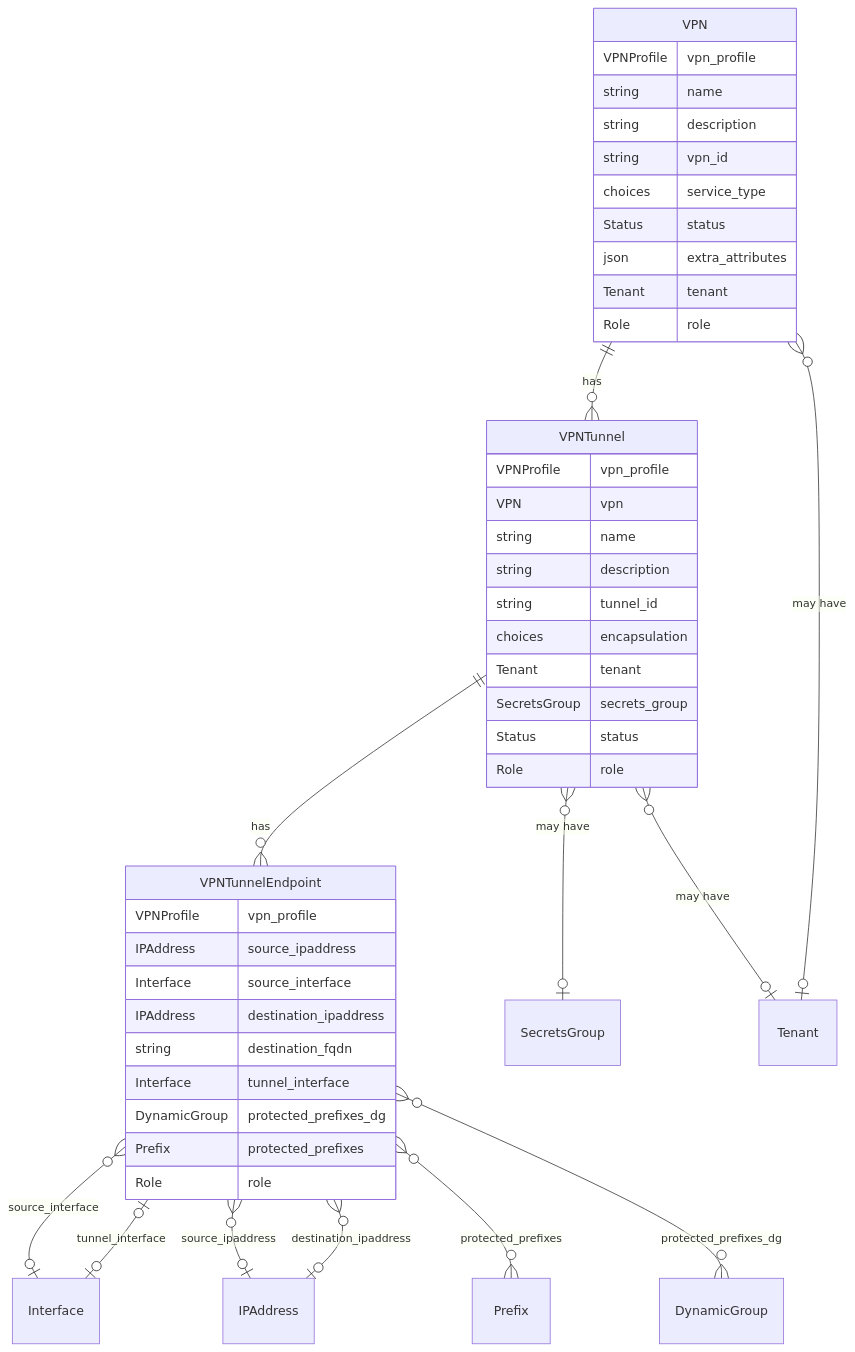
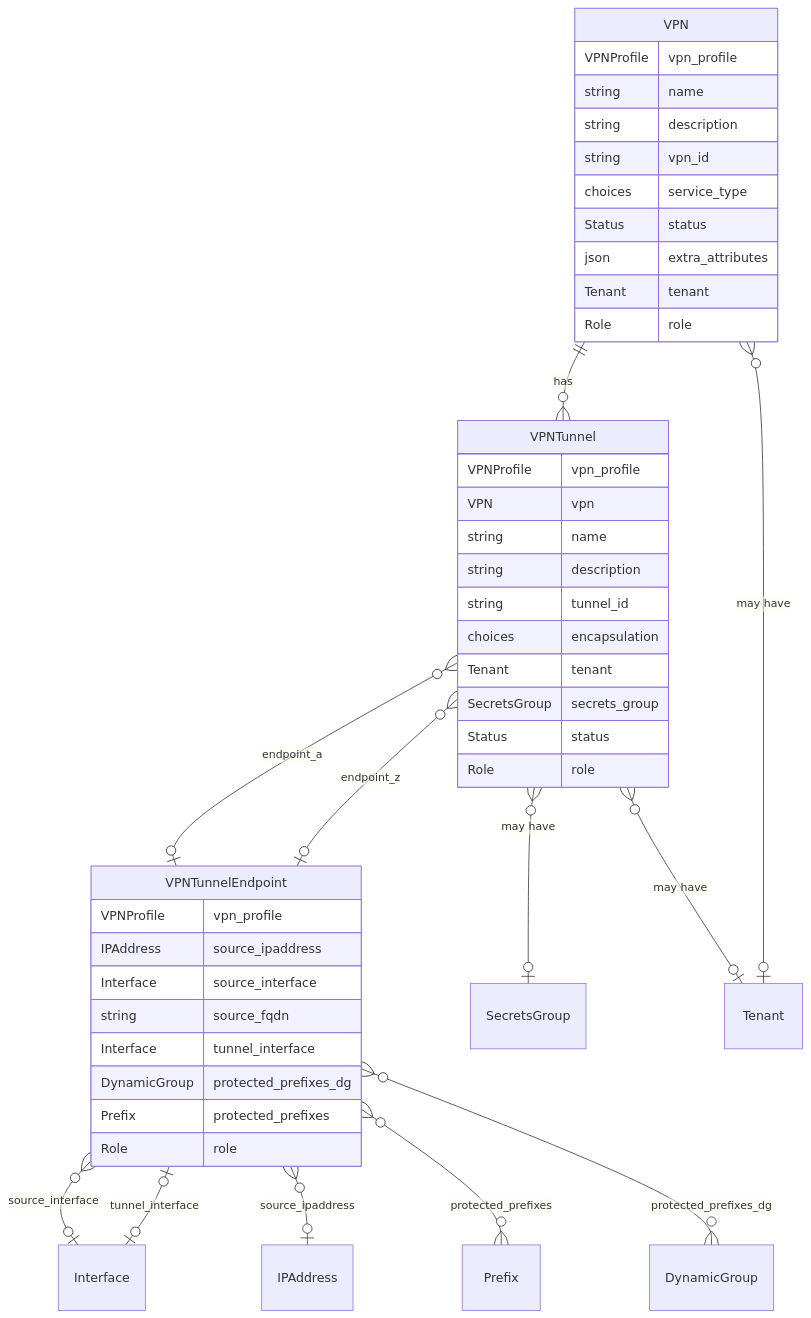
The third of 11 diagrams in nautobot/docs/user-guide/core-data-model/vpn/index.md (nautobot/nautobot), drawn with Mermaid before and after one commit.

Commit message:
Fix VPN Tunnel Endpoint in the ERD

````diff
--- a/nautobot/docs/user-guide/core-data-model/vpn/index.md
+++ b/nautobot/docs/user-guide/core-data-model/vpn/index.md
@@ -112,60 +112,59 @@
 ```mermaid
 erDiagram
     "nautobot_vpn_models.VPN"[VPN] {
         VPNProfile vpn_profile
         string name
         string description
         string vpn_id
         choices service_type
         Status status
         json extra_attributes
         Tenant tenant
         Role role
     }
 
     "nautobot_vpn_models.VPNTunnel"[VPNTunnel] {
         VPNProfile vpn_profile
         VPN vpn
         string name
         string description
         string tunnel_id
         choices encapsulation
         Tenant tenant
         SecretsGroup secrets_group
         Status status
         Role role
     }
 
     "nautobot_vpn_models.VPNTunnelEndpoint"[VPNTunnelEndpoint] {
         VPNProfile vpn_profile
         IPAddress source_ipaddress
         Interface source_interface
-        IPAddress destination_ipaddress
-        string destination_fqdn
+        string source_fqdn
         Interface tunnel_interface
         DynamicGroup protected_prefixes_dg
         Prefix protected_prefixes
         Role role
     }
 
     "tenancy.Tenant"[Tenant] {}
     "extras.SecretsGroup"[SecretsGroup] {}
     "dcim.Interface"[Interface] {}
     "ipam.IPAddress"[IPAddress] {}
     "ipam.Prefix"[Prefix] {}
     "extras.DynamicGroup"[DynamicGroup] {}
 
     "nautobot_vpn_models.VPN" ||--o{ "nautobot_vpn_models.VPNTunnel" : "has"
     "nautobot_vpn_models.VPN" }o--o| "tenancy.Tenant" : "may have"
 
-    "nautobot_vpn_models.VPNTunnel" ||--o{ "nautobot_vpn_models.VPNTunnelEndpoint" : "has"
+    "nautobot_vpn_models.VPNTunnel" }o--o| "nautobot_vpn_models.VPNTunnelEndpoint" : "endpoint_a"
+    "nautobot_vpn_models.VPNTunnel" }o--o| "nautobot_vpn_models.VPNTunnelEndpoint" : "endpoint_z"
     "nautobot_vpn_models.VPNTunnel" }o--o| "extras.SecretsGroup" : "may have"
     "nautobot_vpn_models.VPNTunnel" }o--o| "tenancy.Tenant" : "may have"
 
     "nautobot_vpn_models.VPNTunnelEndpoint" }o--o| "dcim.Interface" : "source_interface"
     "nautobot_vpn_models.VPNTunnelEndpoint" |o--o| "dcim.Interface" : "tunnel_interface"
     "nautobot_vpn_models.VPNTunnelEndpoint" }o--o| "ipam.IPAddress" : "source_ipaddress"
-    "nautobot_vpn_models.VPNTunnelEndpoint" }o--o| "ipam.IPAddress" : "destination_ipaddress"
     "nautobot_vpn_models.VPNTunnelEndpoint" }o--o{ "ipam.Prefix" : "protected_prefixes"
     "nautobot_vpn_models.VPNTunnelEndpoint" }o--o{ "extras.DynamicGroup" : "protected_prefixes_dg"
 ```
````
